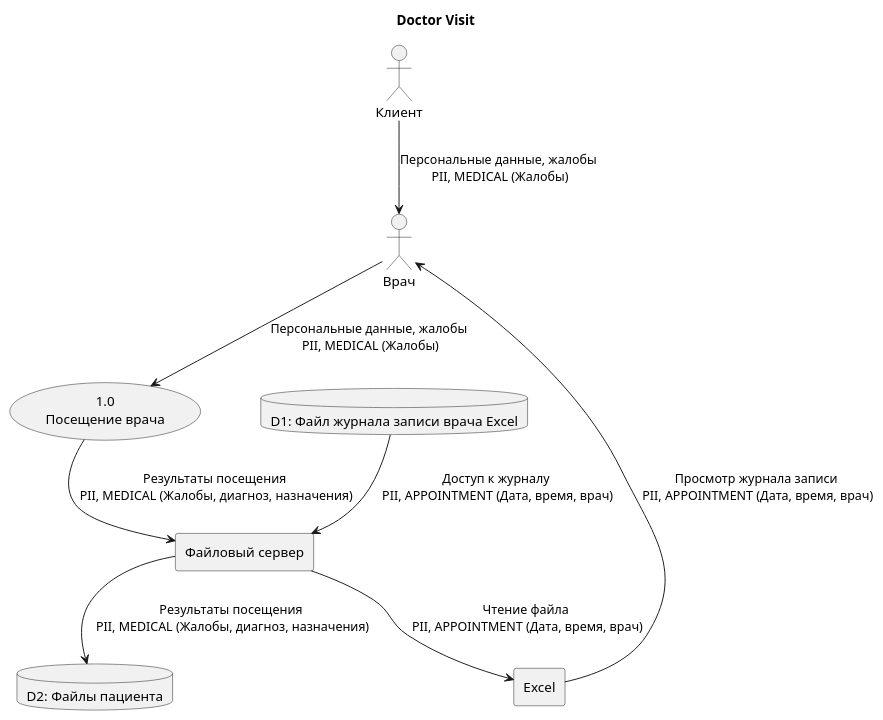
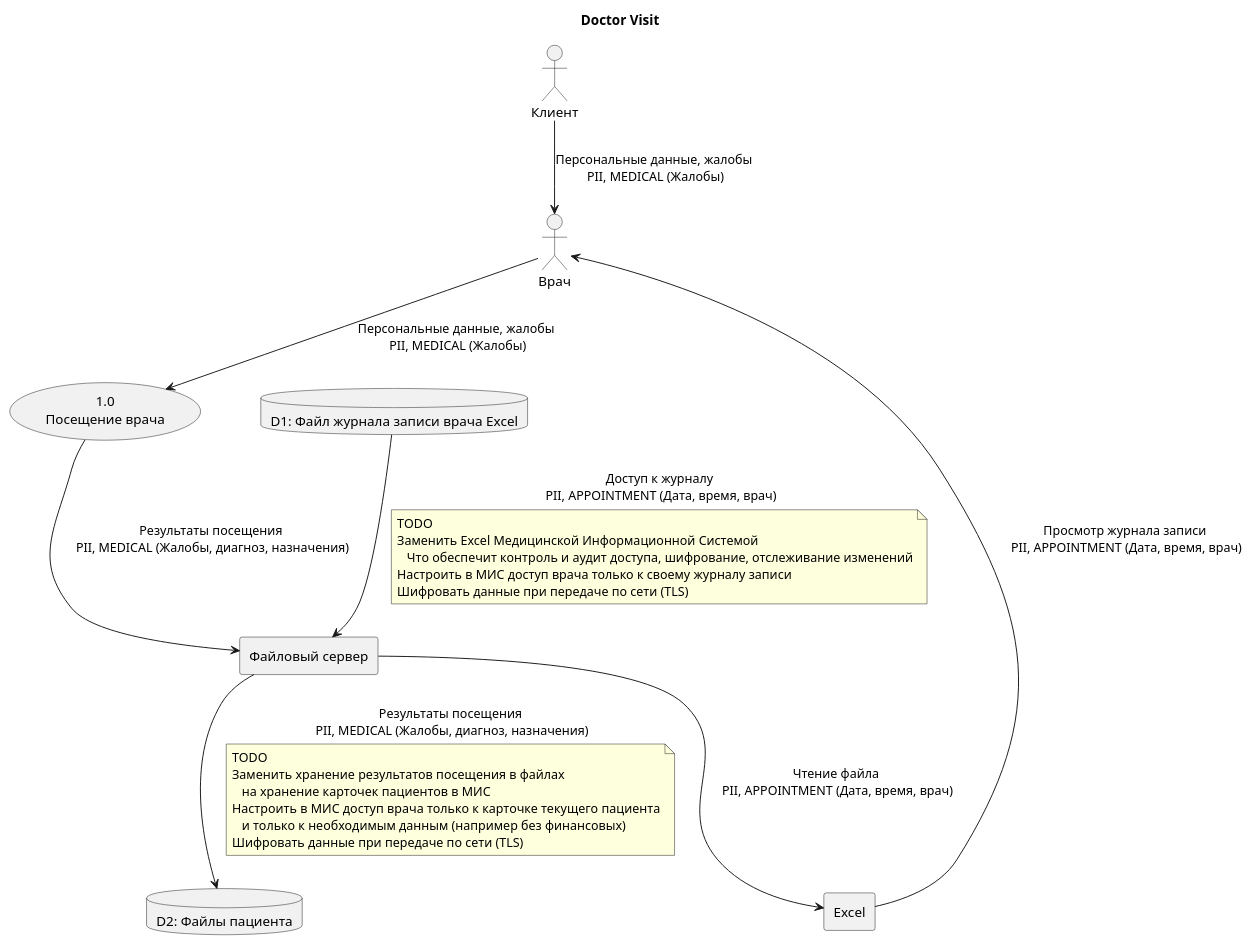
One commit to oleg088097/architecture-medikamente changed the diagram in task1/diagrams/doctor-visit.puml. Above: the diagram before and after it, drawn with PlantUML. The commit also changed 6 other files, not shown here.

```diff
--- a/task1/diagrams/doctor-visit.puml
+++ b/task1/diagrams/doctor-visit.puml
@@ -1,26 +1,41 @@
 @startuml
 title Doctor Visit
 
 actor Клиент
 actor Врач
 
 (1.0\nПосещение врача) as VisitProc
 
 rectangle "Файловый сервер" as fileServer
 rectangle Excel
 
 database "D1: Файл журнала записи врача Excel" as xlsx
 database "D2: Файлы пациента" as patientFiles
 
 xlsx --> fileServer : Доступ к журналу\n PII, APPOINTMENT (Дата, время, врач)
+note on link
+ TODO
+ Заменить Excel Медицинской Информационной Системой
+    Что обеспечит контроль и аудит доступа, шифрование, отслеживание изменений
+ Настроить в МИС доступ врача только к своему журналу записи
+ Шифровать данные при передаче по сети (TLS)
+end note
 fileServer --> Excel : Чтение файла\n PII, APPOINTMENT (Дата, время, врач)
 Excel --> Врач : Просмотр журнала записи\n PII, APPOINTMENT (Дата, время, врач)
 
 Клиент --> Врач : Персональные данные, жалобы\n PII, MEDICAL (Жалобы)
 
 Врач --> VisitProc : Персональные данные, жалобы\n PII, MEDICAL (Жалобы)
 
 VisitProc --> fileServer : Результаты посещения\n PII, MEDICAL (Жалобы, диагноз, назначения)
 fileServer --> patientFiles : Результаты посещения\n PII, MEDICAL (Жалобы, диагноз, назначения)
+note on link
+ TODO
+ Заменить хранение результатов посещения в файлах
+    на хранение карточек пациентов в МИС
+ Настроить в МИС доступ врача только к карточке текущего пациента
+    и только к необходимым данным (например без финансовых)
+ Шифровать данные при передаче по сети (TLS)
+end note
 
 @enduml
```
